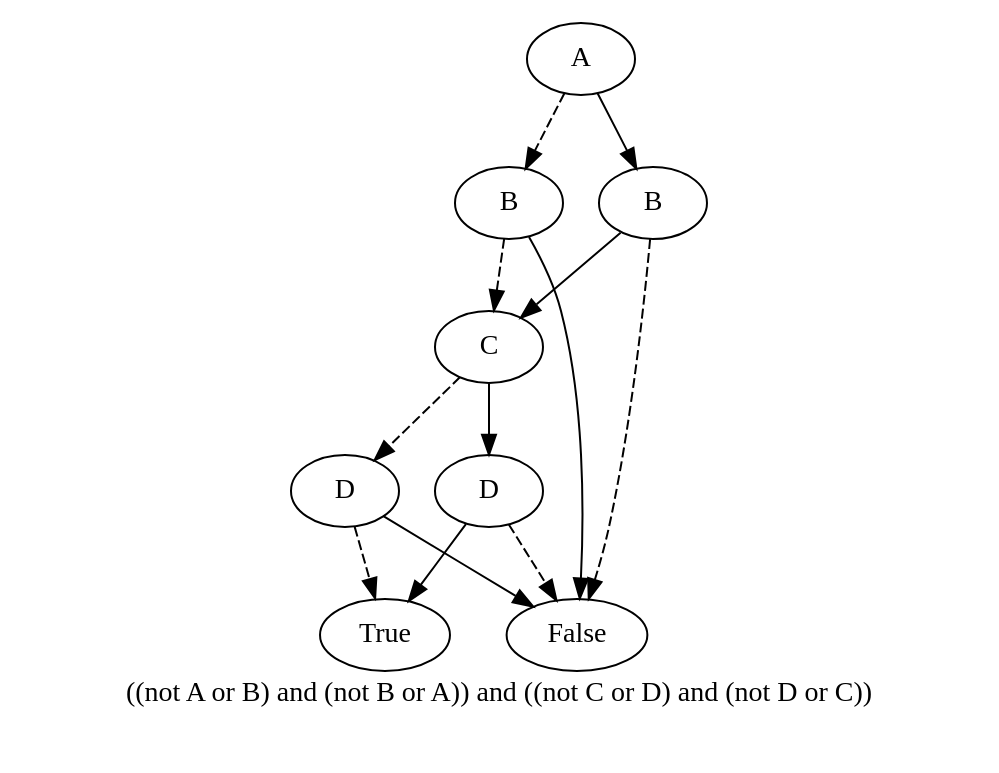
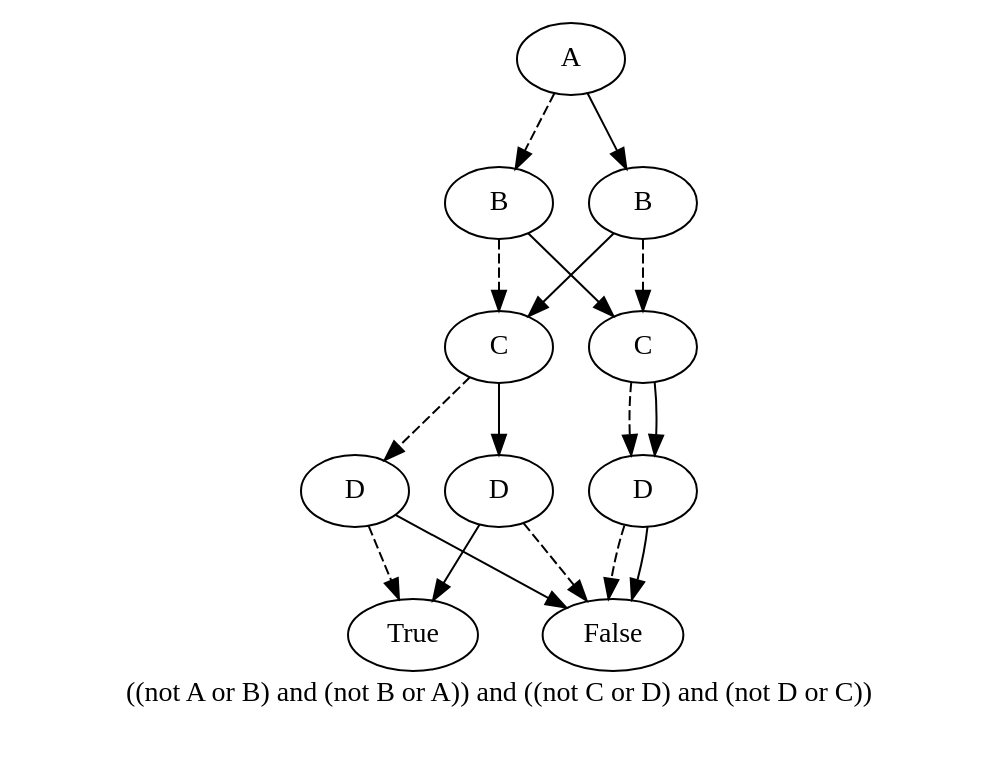
Before and after one commit to O1ez/IncreasingResilienceOfAutomatedVehicles: the diagram in BDD/out/reduced_out.dot, drawn with Graphviz. The commit also changed 9 other files, not shown here.

```diff
--- a/BDD/out/reduced_out.dot
+++ b/BDD/out/reduced_out.dot
@@ -1,27 +1,35 @@
 digraph{
 label="((not A or B) and (not B or A)) and ((not C or D) and (not D or C))\n\n"
-1814491433616[label=A]1814491431952[label=B]
-1814491433616 -> 1814491431952[style=dashed]
-1814491431440[label=C]
-1814491431952 -> 1814491431440[style=dashed]
-1814491431056[label=D]
-1814491431440 -> 1814491431056[style=dashed]
-1814491430992[label=True]
-1814491431056 -> 1814491430992[style=dashed]
-1814491463632[label=False]
-1814491431056 -> 1814491463632
-1814491431248[label=D]
-1814491431440 -> 1814491431248
-1814491463632[label=False]
-1814491431248 -> 1814491463632[style=dashed]
-1814491430992[label=True]
-1814491431248 -> 1814491430992
-1814491463632[label=False]
-1814491431952 -> 1814491463632
-1814491433488[label=B]
-1814491433616 -> 1814491433488
-1814491463632[label=False]
-1814491433488 -> 1814491463632[style=dashed]
-1814491431440[label=C]
-1814491433488 -> 1814491431440
+2503003931856[label=A]2503003962640[label=B]
+2503003931856 -> 2503003962640[style=dashed]
+2503003961616[label=C]
+2503003962640 -> 2503003961616[style=dashed]
+2503003961104[label=D]
+2503003961616 -> 2503003961104[style=dashed]
+2503003961040[label=True]
+2503003961104 -> 2503003961040[style=dashed]
+2503003960976[label=False]
+2503003961104 -> 2503003960976
+2503003961552[label=D]
+2503003961616 -> 2503003961552
+2503003960976[label=False]
+2503003961552 -> 2503003960976[style=dashed]
+2503003961040[label=True]
+2503003961552 -> 2503003961040
+2503003962384[label=C]
+2503003962640 -> 2503003962384
+2503003962128[label=D]
+2503003962384 -> 2503003962128[style=dashed]
+2503003960976[label=False]
+2503003962128 -> 2503003960976[style=dashed]
+2503003960976[label=False]
+2503003962128 -> 2503003960976
+2503003962128[label=D]
+2503003962384 -> 2503003962128
+2503003931792[label=B]
+2503003931856 -> 2503003931792
+2503003962384[label=C]
+2503003931792 -> 2503003962384[style=dashed]
+2503003961616[label=C]
+2503003931792 -> 2503003961616
 }
```
